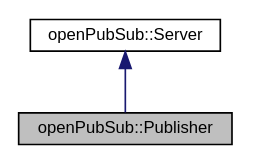
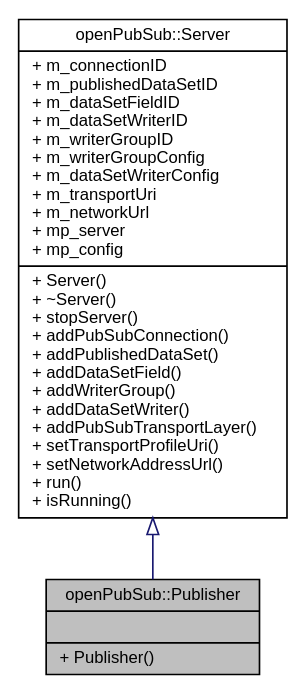
The diagram in classopenPubSub_1_1Publisher__coll__graph.dot (makreft/openPubSub), drawn with Graphviz before and after one commit. The commit also changed 63 other files, not shown here.

```diff
--- a/classopenPubSub_1_1Publisher__coll__graph.dot
+++ b/classopenPubSub_1_1Publisher__coll__graph.dot
@@ -1,9 +1,9 @@
 digraph "openPubSub::Publisher"
 {
  // LATEX_PDF_SIZE
   edge [fontname="Helvetica",fontsize="10",labelfontname="Helvetica",labelfontsize="10"];
   node [fontname="Helvetica",fontsize="10",shape=record];
-  Node1 [label="openPubSub::Publisher",height=0.2,width=0.4,color="black", fillcolor="grey75", style="filled", fontcolor="black",tooltip=" "];
-  Node2 -> Node1 [dir="back",color="midnightblue",fontsize="10",style="solid",fontname="Helvetica"];
-  Node2 [label="openPubSub::Server",height=0.2,width=0.4,color="black", fillcolor="white", style="filled",URL="$classopenPubSub_1_1Server.html",tooltip=" "];
+  Node1 [label="{openPubSub::Publisher\n||+ Publisher()\l}",height=0.2,width=0.4,color="black", fillcolor="grey75", style="filled", fontcolor="black",tooltip=" "];
+  Node2 -> Node1 [dir="back",color="midnightblue",fontsize="10",style="solid",arrowtail="onormal",fontname="Helvetica"];
+  Node2 [label="{openPubSub::Server\n|+ m_connectionID\l+ m_publishedDataSetID\l+ m_dataSetFieldID\l+ m_dataSetWriterID\l+ m_writerGroupID\l+ m_writerGroupConfig\l+ m_dataSetWriterConfig\l+ m_transportUri\l+ m_networkUrl\l+ mp_server\l+ mp_config\l|+ Server()\l+ ~Server()\l+ stopServer()\l+ addPubSubConnection()\l+ addPublishedDataSet()\l+ addDataSetField()\l+ addWriterGroup()\l+ addDataSetWriter()\l+ addPubSubTransportLayer()\l+ setTransportProfileUri()\l+ setNetworkAddressUrl()\l+ run()\l+ isRunning()\l}",height=0.2,width=0.4,color="black", fillcolor="white", style="filled",URL="$classopenPubSub_1_1Server.html",tooltip=" "];
 }
```
